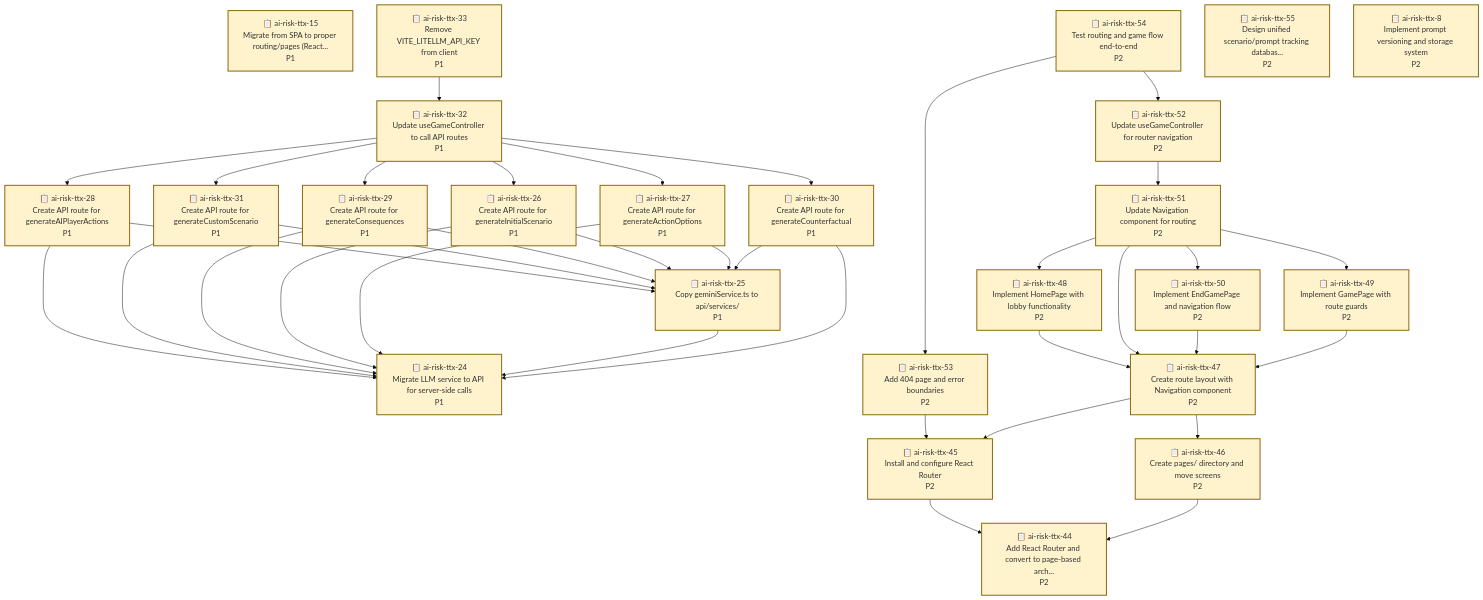
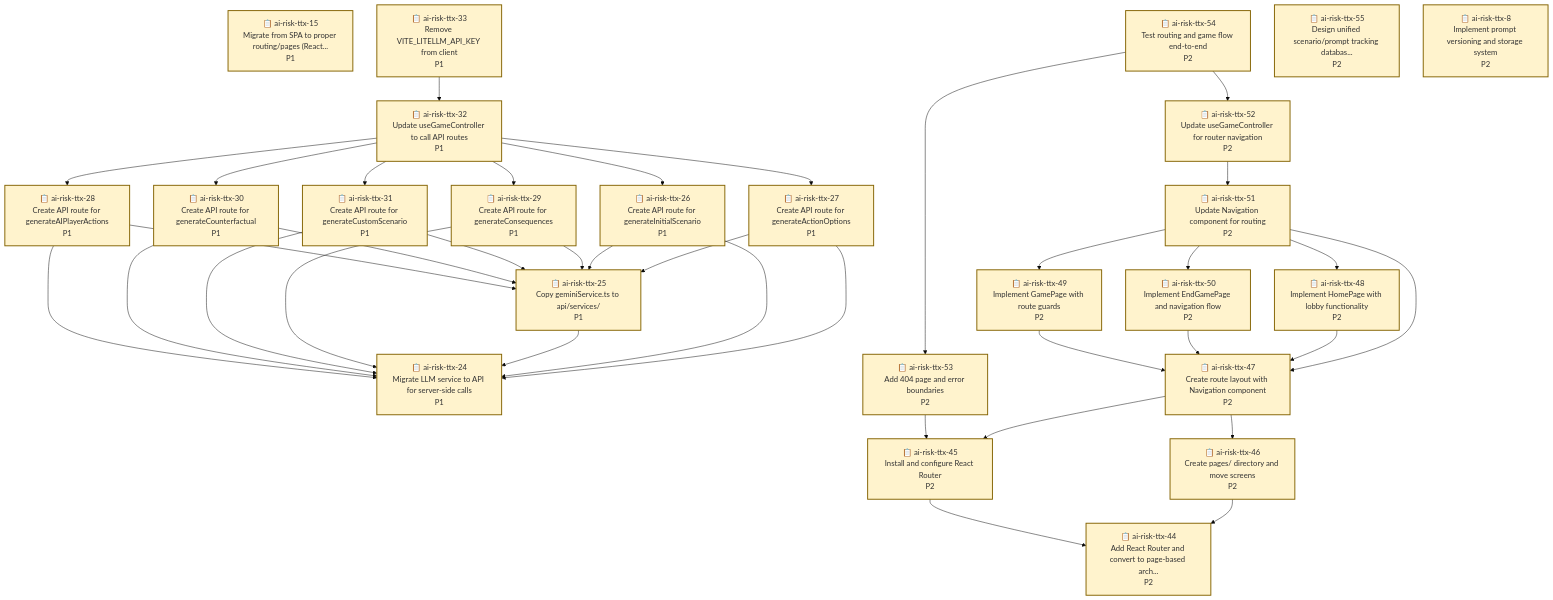
Before and after one commit to bhi5hmaraj/ai-risk-ttx: the diagram in .beads/graph.md, drawn with Mermaid (base theme). The commit also changed other lines of this file and 12 other files, not shown here.

````diff
--- a/.beads/graph.md
+++ b/.beads/graph.md
@@ -49,39 +49,39 @@
     ai-risk-ttx-8["📋 ai-risk-ttx-8<br/>Implement prompt versioning and storage system<br/>P2"]
     style ai-risk-ttx-8 fill:#fff3cd,stroke:#856404,stroke-width:2px
 
+    ai-risk-ttx-49 --> ai-risk-ttx-47
+    ai-risk-ttx-52 --> ai-risk-ttx-51
+    ai-risk-ttx-53 --> ai-risk-ttx-45
+    ai-risk-ttx-54 --> ai-risk-ttx-52
+    ai-risk-ttx-54 --> ai-risk-ttx-53
+    ai-risk-ttx-28 --> ai-risk-ttx-24
+    ai-risk-ttx-28 --> ai-risk-ttx-25
+    ai-risk-ttx-50 --> ai-risk-ttx-47
+    ai-risk-ttx-30 --> ai-risk-ttx-24
+    ai-risk-ttx-30 --> ai-risk-ttx-25
+    ai-risk-ttx-31 --> ai-risk-ttx-24
+    ai-risk-ttx-31 --> ai-risk-ttx-25
+    ai-risk-ttx-48 --> ai-risk-ttx-47
+    ai-risk-ttx-47 --> ai-risk-ttx-45
+    ai-risk-ttx-47 --> ai-risk-ttx-46
+    ai-risk-ttx-45 --> ai-risk-ttx-44
+    ai-risk-ttx-29 --> ai-risk-ttx-24
+    ai-risk-ttx-29 --> ai-risk-ttx-25
+    ai-risk-ttx-25 --> ai-risk-ttx-24
+    ai-risk-ttx-33 --> ai-risk-ttx-32
+    ai-risk-ttx-26 --> ai-risk-ttx-24
+    ai-risk-ttx-26 --> ai-risk-ttx-25
     ai-risk-ttx-32 --> ai-risk-ttx-26
     ai-risk-ttx-32 --> ai-risk-ttx-27
     ai-risk-ttx-32 --> ai-risk-ttx-28
     ai-risk-ttx-32 --> ai-risk-ttx-29
     ai-risk-ttx-32 --> ai-risk-ttx-30
     ai-risk-ttx-32 --> ai-risk-ttx-31
-    ai-risk-ttx-48 --> ai-risk-ttx-47
-    ai-risk-ttx-45 --> ai-risk-ttx-44
-    ai-risk-ttx-28 --> ai-risk-ttx-24
-    ai-risk-ttx-28 --> ai-risk-ttx-25
+    ai-risk-ttx-27 --> ai-risk-ttx-24
+    ai-risk-ttx-27 --> ai-risk-ttx-25
     ai-risk-ttx-51 --> ai-risk-ttx-47
     ai-risk-ttx-51 --> ai-risk-ttx-48
     ai-risk-ttx-51 --> ai-risk-ttx-49
     ai-risk-ttx-51 --> ai-risk-ttx-50
-    ai-risk-ttx-31 --> ai-risk-ttx-24
-    ai-risk-ttx-31 --> ai-risk-ttx-25
-    ai-risk-ttx-52 --> ai-risk-ttx-51
-    ai-risk-ttx-33 --> ai-risk-ttx-32
-    ai-risk-ttx-29 --> ai-risk-ttx-24
-    ai-risk-ttx-29 --> ai-risk-ttx-25
-    ai-risk-ttx-26 --> ai-risk-ttx-24
-    ai-risk-ttx-26 --> ai-risk-ttx-25
-    ai-risk-ttx-53 --> ai-risk-ttx-45
-    ai-risk-ttx-27 --> ai-risk-ttx-24
-    ai-risk-ttx-27 --> ai-risk-ttx-25
-    ai-risk-ttx-54 --> ai-risk-ttx-52
-    ai-risk-ttx-54 --> ai-risk-ttx-53
-    ai-risk-ttx-47 --> ai-risk-ttx-45
-    ai-risk-ttx-47 --> ai-risk-ttx-46
-    ai-risk-ttx-25 --> ai-risk-ttx-24
     ai-risk-ttx-46 --> ai-risk-ttx-44
-    ai-risk-ttx-50 --> ai-risk-ttx-47
-    ai-risk-ttx-30 --> ai-risk-ttx-24
-    ai-risk-ttx-30 --> ai-risk-ttx-25
-    ai-risk-ttx-49 --> ai-risk-ttx-47
 ```
````
